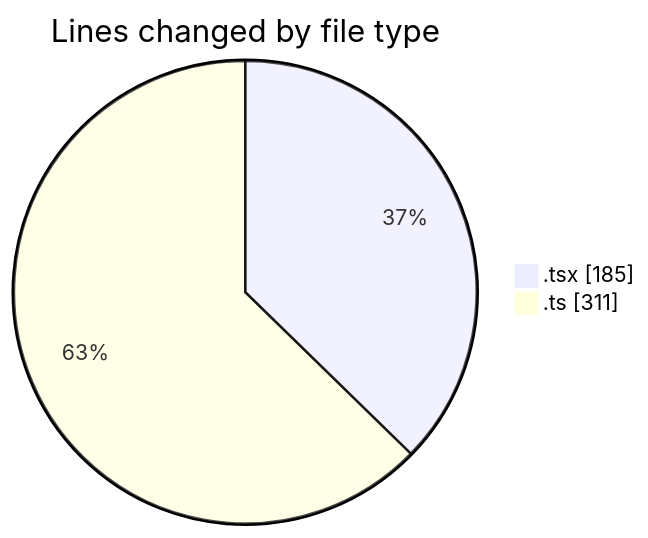
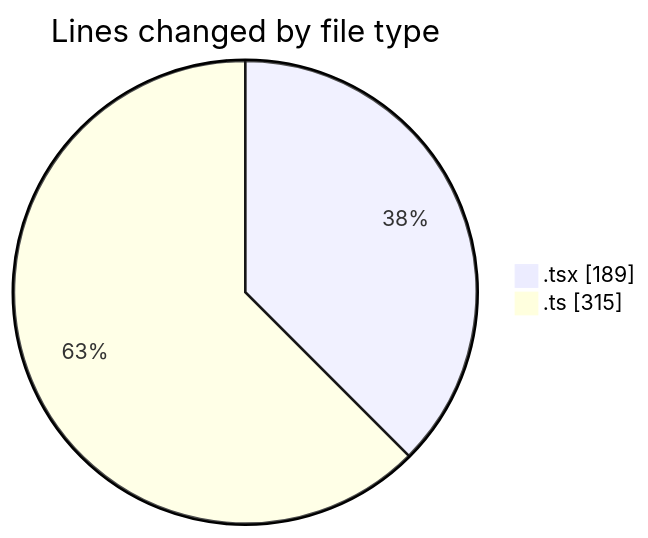
Before and after one commit to julien-gomy/code-tracking: the first of 2 diagrams in 2025-11-22/eventscop-frontend-guide__workspace_/README.md, drawn with Mermaid. The commit also changed other lines of this file and 1 other file, not shown here.

````diff
--- a/2025-11-22/eventscop-frontend-guide__workspace_/README.md
+++ b/2025-11-22/eventscop-frontend-guide__workspace_/README.md
@@ -24,6 +25,6 @@
 ```mermaid
 pie showData
 title Lines changed by file type
-".tsx" : 185
-".ts" : 311
+".tsx" : 189
+".ts" : 315
 ```
````
